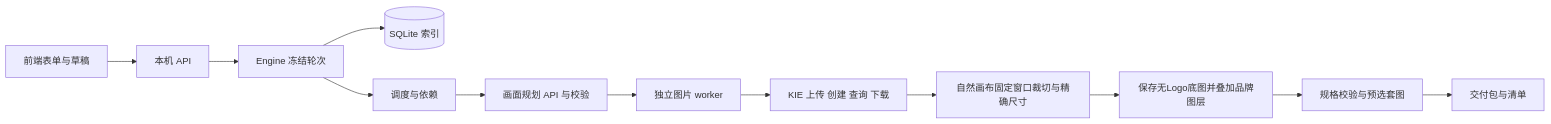
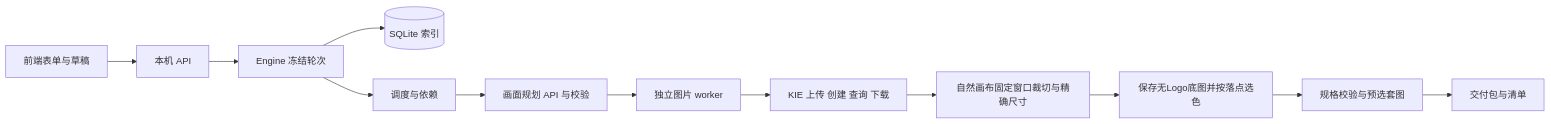
One commit to luoxia723/onion-app-image-kie changed the first of 2 diagrams in references/architecture.md. Above: the diagram before and after it, drawn with Mermaid. The commit also changed other lines of this file and 107 other files, not shown here.

````diff
--- a/references/architecture.md
+++ b/references/architecture.md
@@ -44,14 +44,14 @@
 ```mermaid
 flowchart LR
   UI[前端表单与草稿] --> API[本机 API]
   API --> E[Engine 冻结轮次]
   E --> DB[(SQLite 索引)]
   E --> Q[调度与依赖]
   Q --> P[画面规划 API 与校验]
   P --> W[独立图片 worker]
   W --> K[KIE 上传 创建 查询 下载]
   K --> F[自然画布固定窗口裁切与精确尺寸]
-  F --> L[保存无Logo底图并叠加品牌图层]
+  F --> L[保存无Logo底图并按落点选色]
   L --> S[规格校验与预选套图]
   S --> D[交付包与清单]
 ```
````
